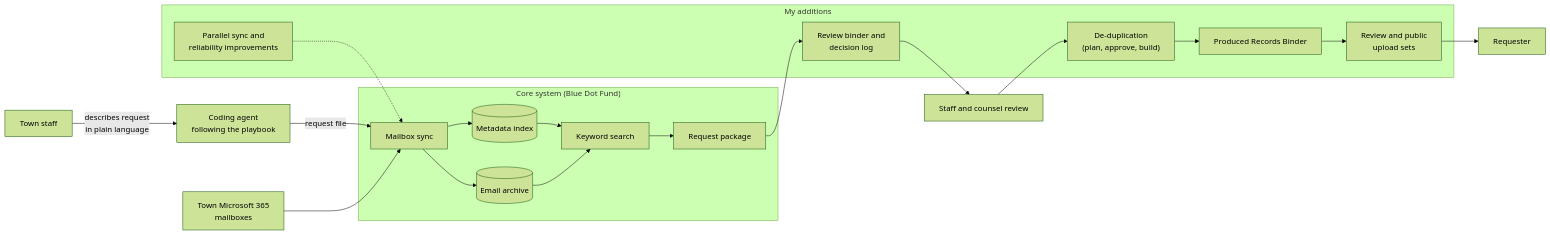
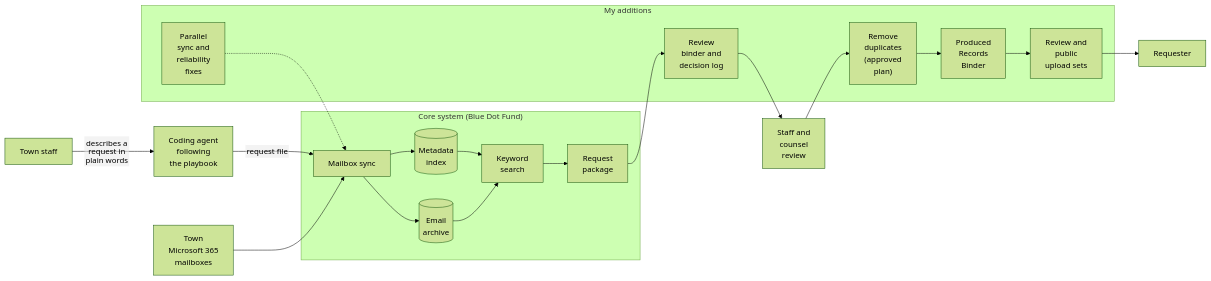
One commit to wilshem/portfolio changed the diagram in projects/marineland-public-intelligence-platform/README.md. Above: the diagram before and after it, drawn with Mermaid (forest theme). The commit also changed 2 other files, not shown here.

Commit message:
Fix clipped diagram labels: plain-text labels, shorter lines

````diff
--- a/projects/marineland-public-intelligence-platform/README.md
+++ b/projects/marineland-public-intelligence-platform/README.md
@@ -65,35 +65,36 @@
 ```mermaid
+%%{init: {"flowchart": {"htmlLabels": false}}}%%
 flowchart LR
-    STAFF["Town staff"] -->|"describes request<br/>in plain language"| AGENT["Coding agent<br/>following the playbook"]
+    STAFF["Town staff"] -->|"describes a<br/>request in<br/>plain words"| AGENT["Coding agent<br/>following<br/>the playbook"]
     AGENT -->|"request file"| SYNC
 
     subgraph Core["Core system (Blue Dot Fund)"]
         SYNC["Mailbox sync"]
-        ARCH[("Email archive")]
-        IDX[("Metadata index")]
-        SEARCH["Keyword search"]
-        PKG["Request package"]
+        ARCH[("Email<br/>archive")]
+        IDX[("Metadata<br/>index")]
+        SEARCH["Keyword<br/>search"]
+        PKG["Request<br/>package"]
     end
 
     subgraph Mine["My additions"]
-        PAR["Parallel sync and<br/>reliability improvements"]
-        BIND["Review binder and<br/>decision log"]
-        DEDUP["De-duplication<br/>(plan, approve, build)"]
-        PROD["Produced Records Binder"]
-        SETS["Review and public<br/>upload sets"]
+        PAR["Parallel<br/>sync and<br/>reliability<br/>fixes"]
+        BIND["Review<br/>binder and<br/>decision log"]
+        DEDUP["Remove<br/>duplicates<br/>(approved<br/>plan)"]
+        PROD["Produced<br/>Records<br/>Binder"]
+        SETS["Review and<br/>public<br/>upload sets"]
     end
 
-    M365["Town Microsoft 365<br/>mailboxes"] --> SYNC
+    M365["Town<br/>Microsoft 365<br/>mailboxes"] --> SYNC
     PAR -.-> SYNC
     SYNC --> ARCH
     SYNC --> IDX
     IDX --> SEARCH
     ARCH --> SEARCH
     SEARCH --> PKG
     PKG --> BIND
-    BIND --> REVIEW["Staff and counsel review"]
+    BIND --> REVIEW["Staff and<br/>counsel<br/>review"]
     REVIEW --> DEDUP
     DEDUP --> PROD
     PROD --> SETS
     SETS --> REQ["Requester"]
 ```
````
